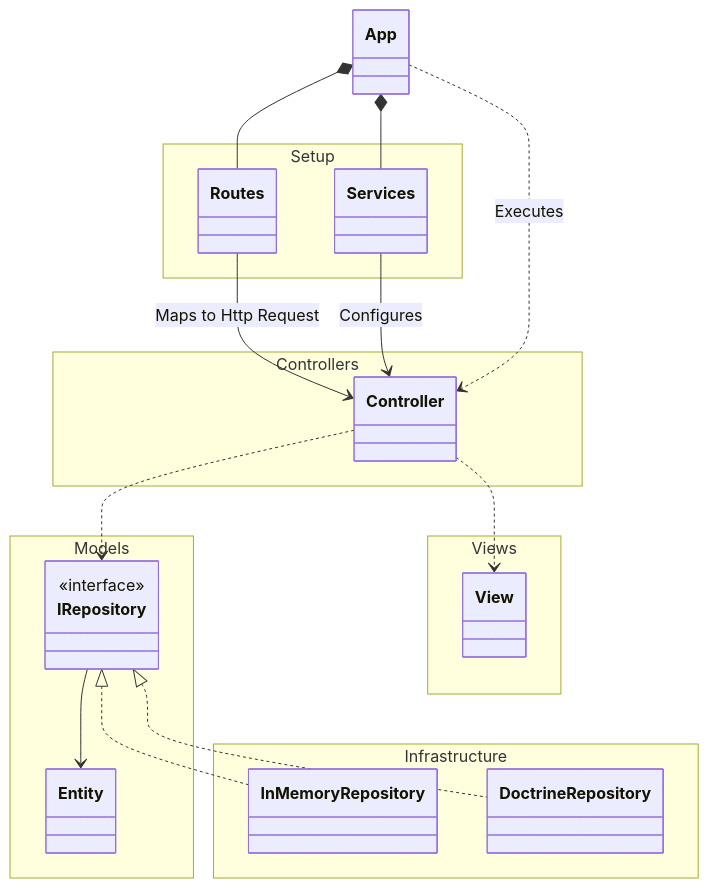
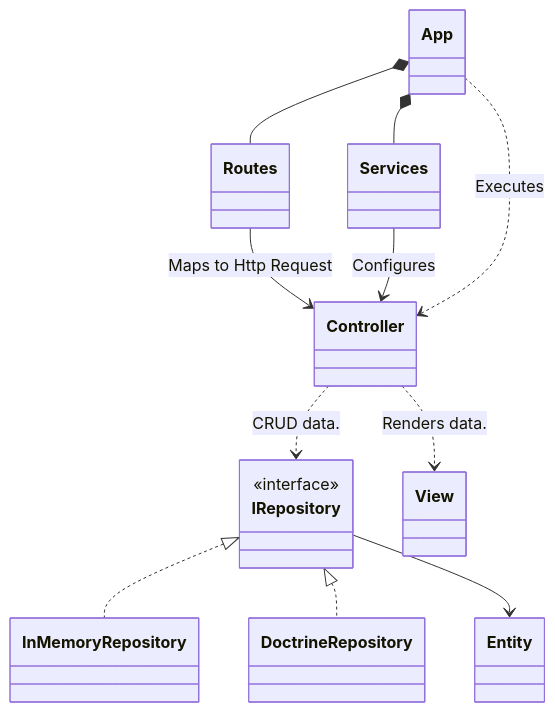
Before and after one commit to J4VJ4R/merkatodo-esp-uniminuto: the first of 2 diagrams in README.md, drawn with Mermaid. The commit also changed other lines of this file, not shown here.

````diff
--- a/README.md
+++ b/README.md
@@ -3,40 +3,24 @@
 ```mermaid
 classDiagram
-
-namespace Models { 
     class Entity
     class IRepository
-}
-
-namespace Infrastructure {
     class InMemoryRepository
     class DoctrineRepository
-}
-
-namespace Views {
     class View
-}
-
-namespace Controllers {
     class Controller
-}
-
-namespace Setup {
     class Routes
     class Services
-}
-
-class App
+    class App
 
 <<interface>> IRepository
 IRepository <|.. InMemoryRepository
 IRepository <|.. DoctrineRepository
 IRepository --> Entity
-Controller ..> IRepository
-Controller ..> View
+Controller ..> IRepository: CRUD data.
+Controller ..> View: Renders data.
 Routes --> Controller: Maps to Http Request
 Services --> Controller: Configures
 App *-- Routes
 App *-- Services
 App ..> Controller: Executes
 ```
````
